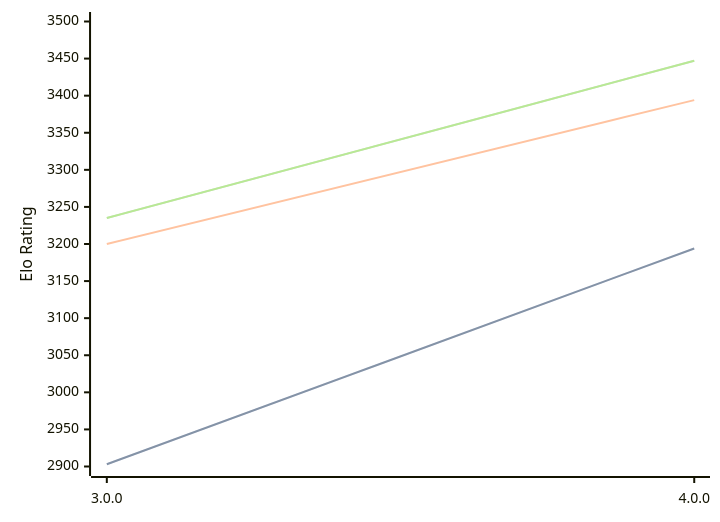
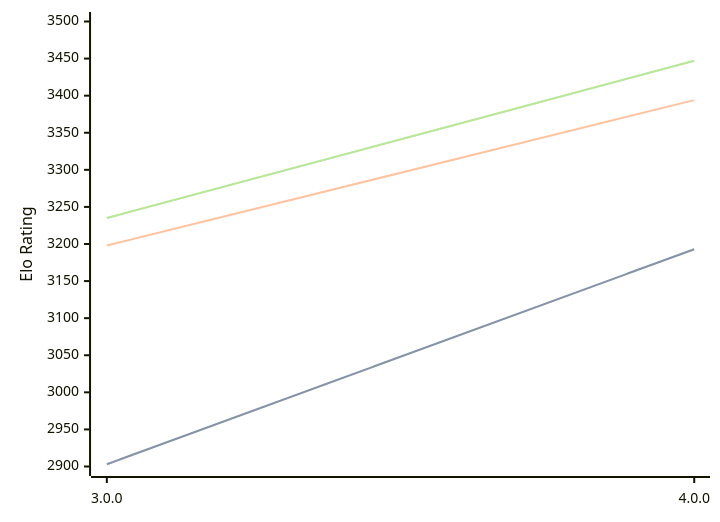
Before and after one commit to computer-chess-index/cci: the diagram in engines/Avalanche.md, drawn with Mermaid. The commit also changed other lines of this file, not shown here.

````diff
--- a/engines/Avalanche.md
+++ b/engines/Avalanche.md
@@ -32,11 +32,11 @@
 ```mermaid
 %%{init: {"theme":"base","themeVariables":{"seriesColors:['#a3a3a3','#222221','#faa371']}}}%%
 xychart-beta
   x-axis ["3.0.0", "4.0.0"]
   y-axis "Elo Rating" 2900 --> 3500
-  line "" [2903, 3194]
-  line "STC (8.0+0.08s)" [2903, 3194]
-  line "LTC (60.0+0.60s)" [3200, 3394]
+  line "" [2903, 3193]
+  line "STC (8.0+0.08s)" [2903, 3193]
+  line "LTC (60.0+0.60s)" [3198, 3394]
   line "" [3235, 3447]
   line "VLTC (2m24s+1.12s)" [3235, 3447]
 ```
````
